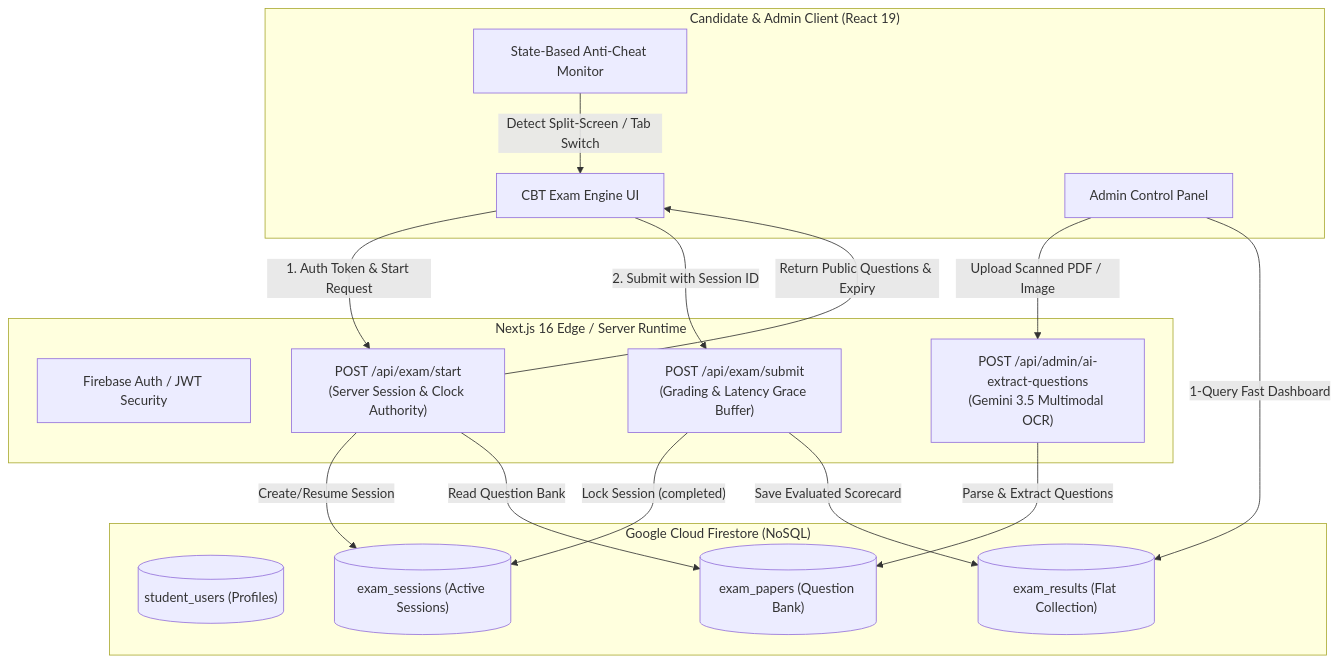
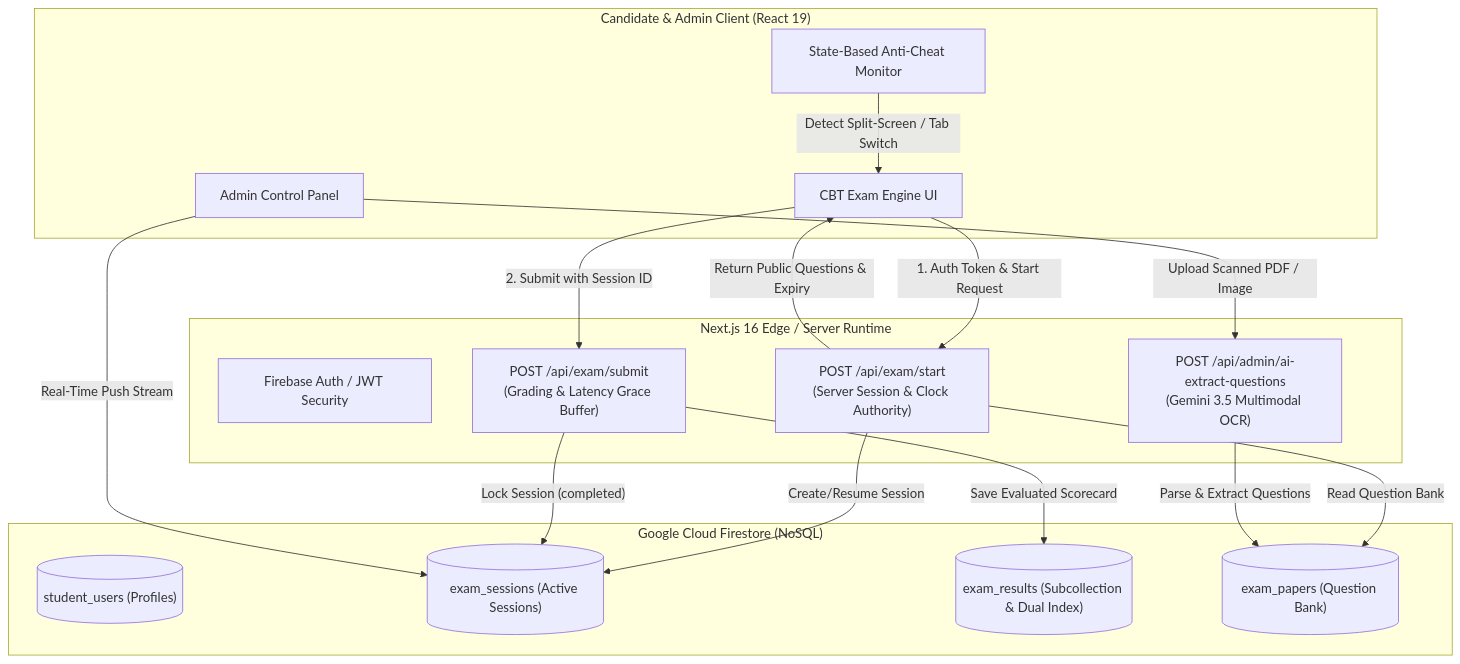
The diagram in README.md (ItsMeSoumo/bengallegalhouse), drawn with Mermaid before and after one commit. The commit also changed other lines of this file and 5 other files, not shown here.

Commit message:
feat(docs): add system architecture, security audit, and video demo previews

````diff
--- a/README.md
+++ b/README.md
@@ -16,36 +53,36 @@
 ```mermaid
 flowchart TD
     subgraph Client["Candidate & Admin Client (React 19)"]
         UI["CBT Exam Engine UI"]
         AntiCheat["State-Based Anti-Cheat Monitor"]
         AdminUI["Admin Control Panel"]
     end
 
     subgraph Server["Next.js 16 Edge / Server Runtime"]
         AuthRoute["Firebase Auth / JWT Security"]
         StartRoute["POST /api/exam/start\n(Server Session & Clock Authority)"]
         SubmitRoute["POST /api/exam/submit\n(Grading & Latency Grace Buffer)"]
         AIRoute["POST /api/admin/ai-extract-questions\n(Gemini 3.5 Multimodal OCR)"]
     end
 
     subgraph Database["Google Cloud Firestore (NoSQL)"]
         UsersCol[("student_users (Profiles)")]
         SessionsCol[("exam_sessions (Active Sessions)")]
-        ResultsCol[("exam_results (Flat Collection)")]
+        ResultsCol[("exam_results (Subcollection & Dual Index)")]
         PapersCol[("exam_papers (Question Bank)")]
     end
 
     UI -->|"1. Auth Token & Start Request"| StartRoute
     StartRoute -->|"Create/Resume Session"| SessionsCol
     StartRoute -->|"Read Question Bank"| PapersCol
     StartRoute -->|"Return Public Questions & Expiry"| UI
 
     AntiCheat -->|"Detect Split-Screen / Tab Switch"| UI
     UI -->|"2. Submit with Session ID"| SubmitRoute
     SubmitRoute -->|"Lock Session (completed)"| SessionsCol
     SubmitRoute -->|"Save Evaluated Scorecard"| ResultsCol
 
     AdminUI -->|"Upload Scanned PDF / Image"| AIRoute
     AIRoute -->|"Parse & Extract Questions"| PapersCol
-    AdminUI -->|"1-Query Fast Dashboard"| ResultsCol
+    AdminUI -->|"Real-Time Push Stream"| SessionsCol
 ```
````
